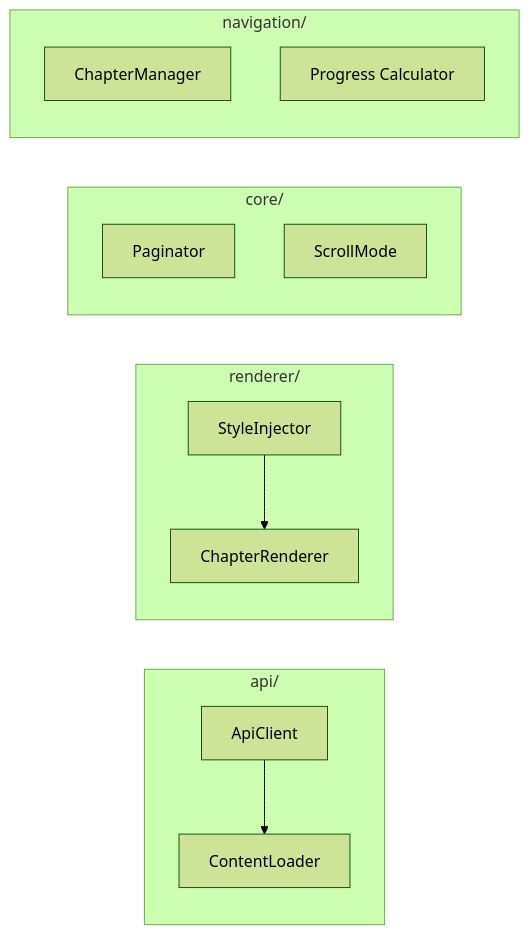
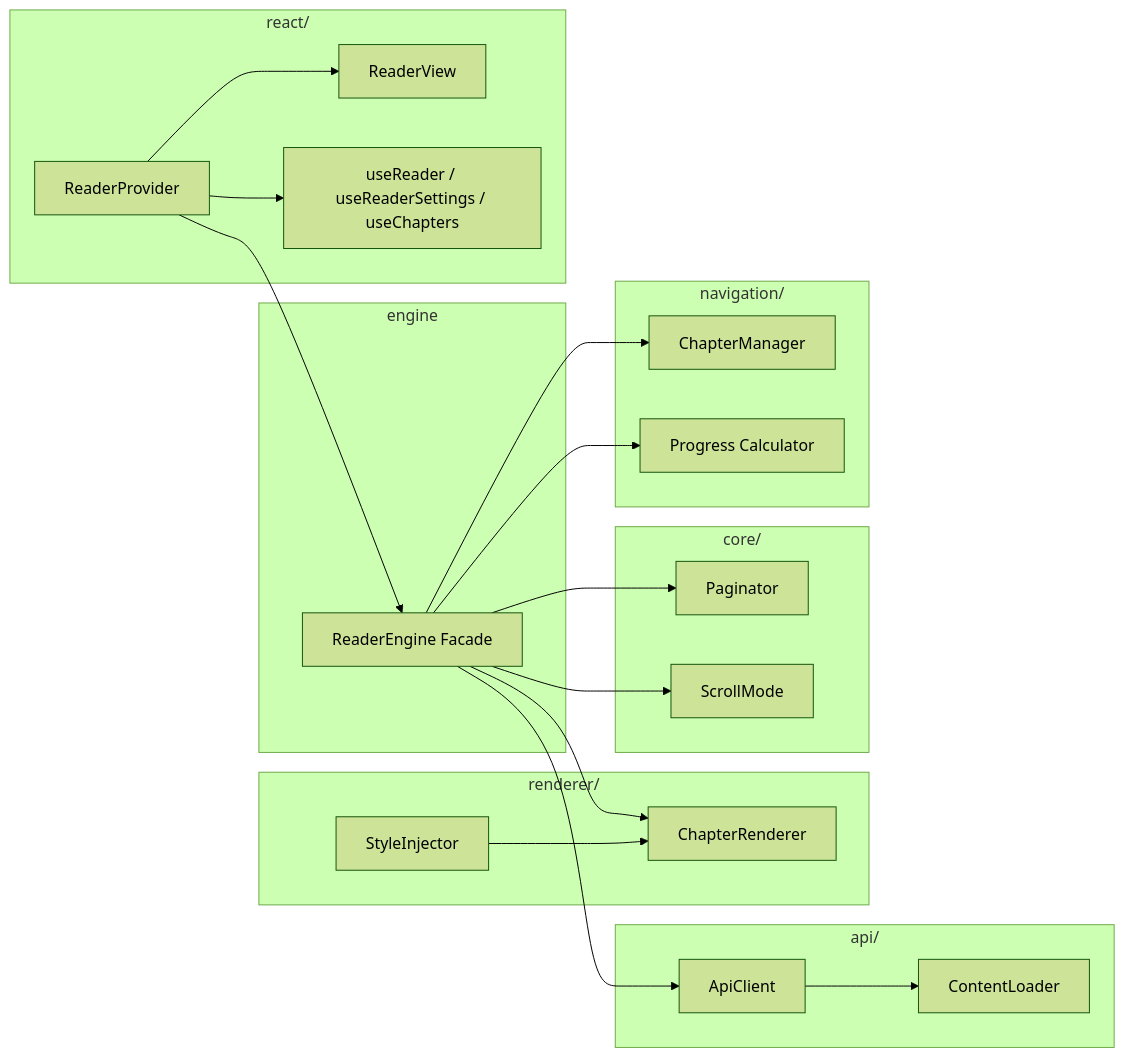
One commit to logan676/reader-engine changed the second of 6 diagrams in docs/ARCHITECTURE.md. Above: the diagram before and after it, drawn with Mermaid (forest theme). The commit also changed 4 other files, not shown here.

First line of the commit message:
docs: update documentation for ReaderEngine facade and React wrapper

````diff
--- a/docs/ARCHITECTURE.md
+++ b/docs/ARCHITECTURE.md
@@ -34,20 +34,37 @@
 ```mermaid
 graph LR
     subgraph "api/"
         AC[ApiClient] --> CL[ContentLoader]
     end
 
     subgraph "renderer/"
         SI[StyleInjector] --> CR[ChapterRenderer]
     end
 
     subgraph "core/"
         P[Paginator]
         SM[ScrollMode]
     end
 
     subgraph "navigation/"
         CM[ChapterManager]
         PR[Progress Calculator]
     end
+
+    subgraph "engine"
+        RE[ReaderEngine Facade]
+    end
+
+    subgraph "react/"
+        RP[ReaderProvider] --> RV[ReaderView]
+        RP --> H[useReader / useReaderSettings / useChapters]
+    end
+
+    RE --> AC
+    RE --> CR
+    RE --> P
+    RE --> SM
+    RE --> CM
+    RE --> PR
+    RP --> RE
 ```
````
